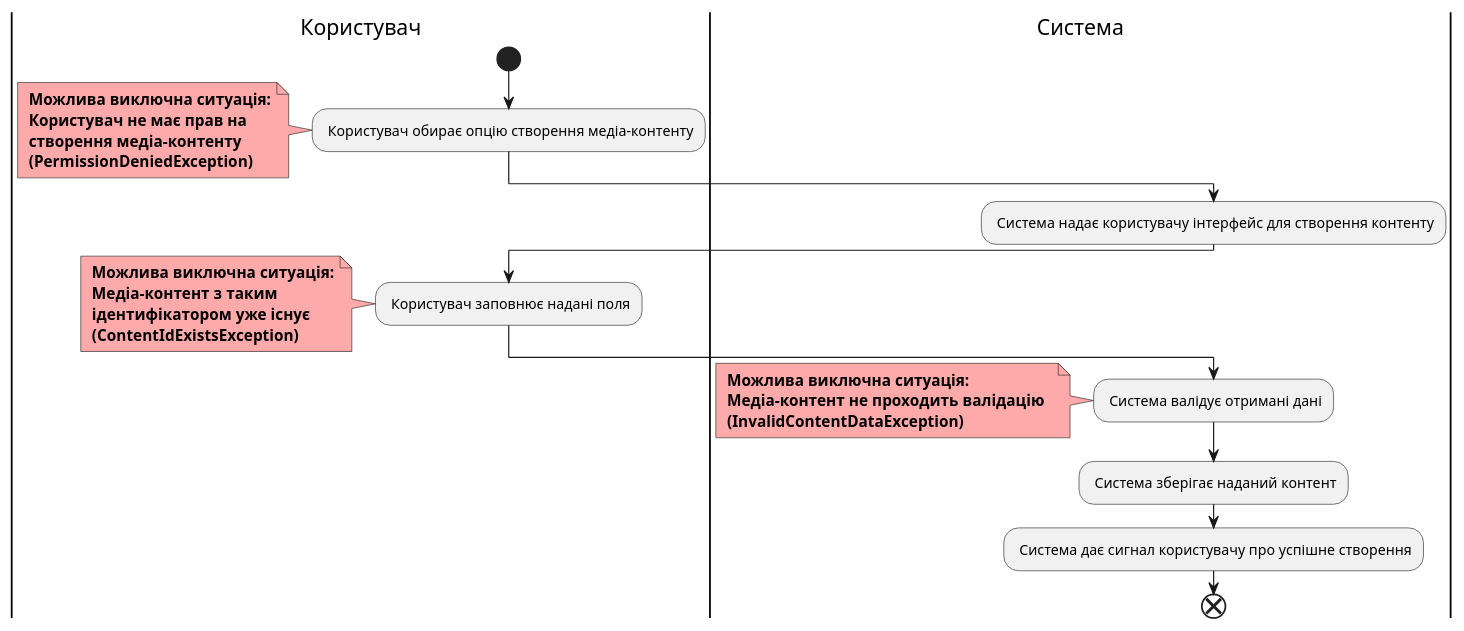
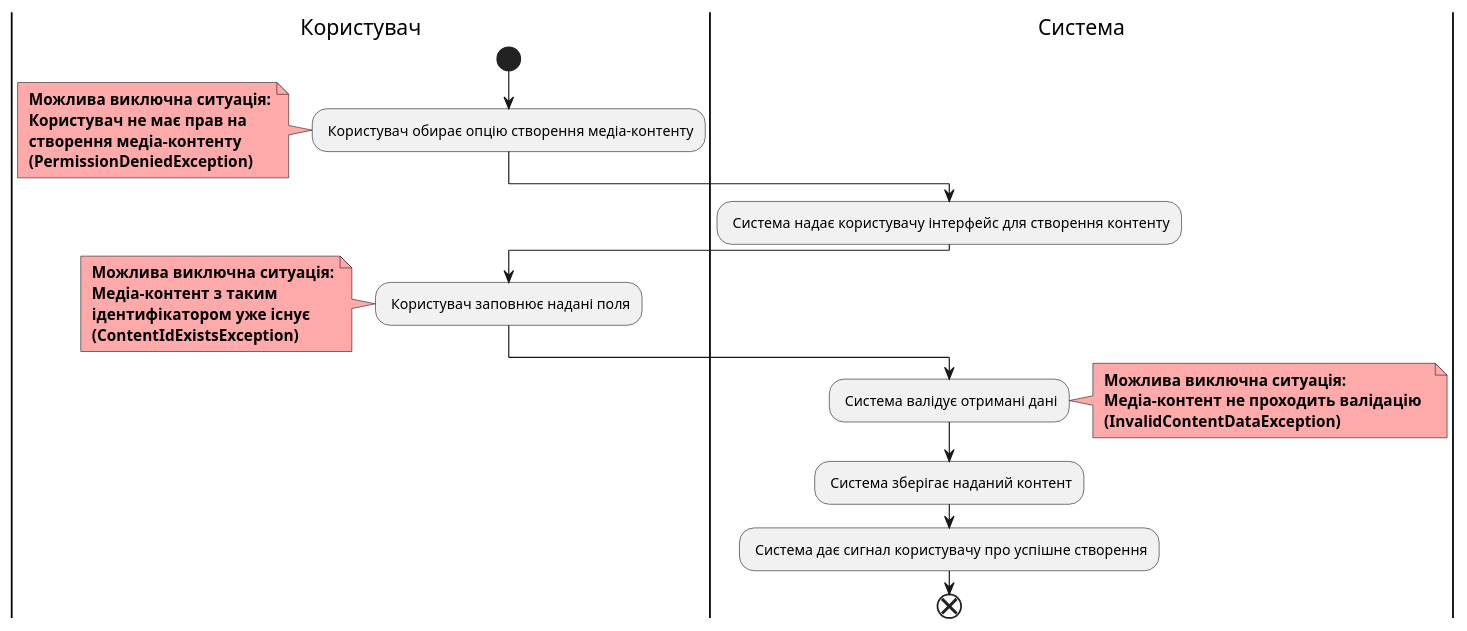
Before and after one commit to semenyaka08/media-content-api: the diagram in docs/use cases/README.md, drawn with PlantUML.

Commit message:
updated create content diagram

````diff
--- a/docs/use cases/README.md
+++ b/docs/use cases/README.md
@@ -7,33 +7,33 @@
 ```plantuml
     @startuml
         |Користувач| 
         start
           : Користувач обирає опцію створення медіа-контенту;
           note left #ffaaaa
           <b> Можлива виключна ситуація:
           <b> Користувач не має прав на 
           <b> створення медіа-контенту 
           <b> (PermissionDeniedException)
           end note
         |Система|
           : Система надає користувачу інтерфейс для створення контенту;
         |Користувач| 
           : Користувач заповнює надані поля;
           note left #ffaaaa
           <b> Можлива виключна ситуація:
           <b> Медіа-контент з таким 
           <b> ідентифікатором уже існує
           <b> (ContentIdExistsException)
           end note
         |Система|
           : Система валідує отримані дані;
-          note left #ffaaaa
+          note right #ffaaaa
           <b> Можлива виключна ситуація:
           <b> Медіа-контент не проходить валідацію  
           <b> (InvalidContentDataException)
           end note
           : Система зберігає наданий контент;
           : Система дає сигнал користувачу про успішне створення;
         end
     @enduml
 ```
````
